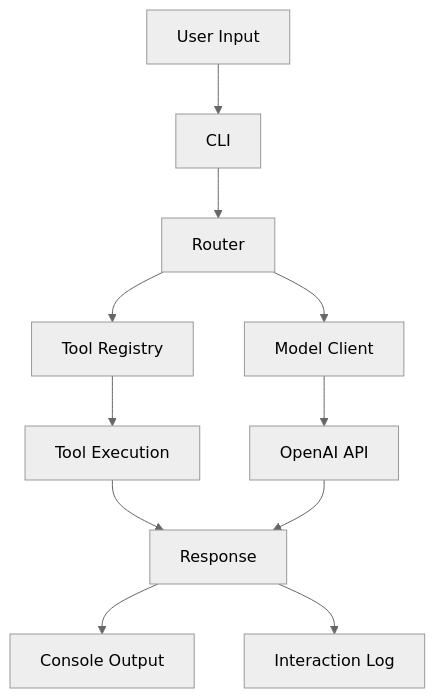
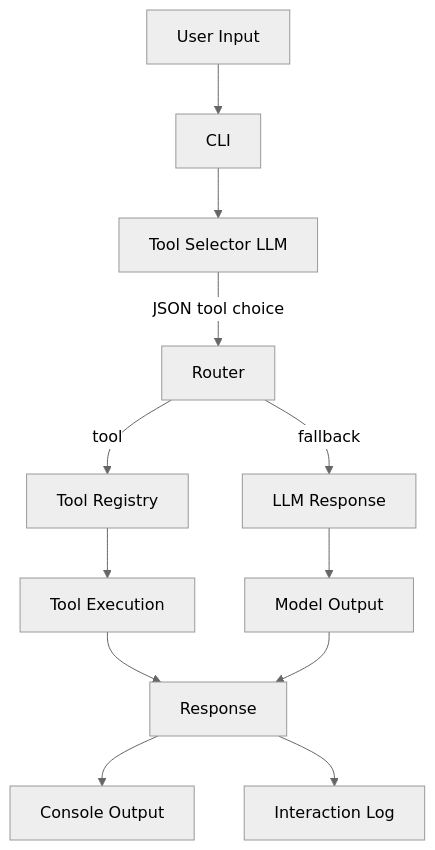
The diagram in docs/architecture.md (awsvkvims/agentic-ai-platform-engineering), drawn with Mermaid (neutral theme) before and after one commit.

Commit message:
Update the current architecture

````diff
--- a/docs/architecture.md
+++ b/docs/architecture.md
@@ -3,13 +3,14 @@
 ``` mermaid
 flowchart TD
     A[User Input] --> B[CLI]
-    B --> C[Router]
-    C --> D[Tool Registry]
-    D --> E[Tool Execution]
-    C --> F[Model Client]
-    F --> G[OpenAI API]
-    E --> H[Response]
-    G --> H
-    H --> I[Console Output]
-    H --> J[Interaction Log]
+    B --> C[Tool Selector LLM]
+    C -->|JSON tool choice| D[Router]
+    D -->|tool| E[Tool Registry]
+    D -->|fallback| F[LLM Response]
+    E --> G[Tool Execution]
+    F --> H[Model Output]
+    G --> I[Response]
+    H --> I
+    I --> J[Console Output]
+    I --> K[Interaction Log]
 ```
````
